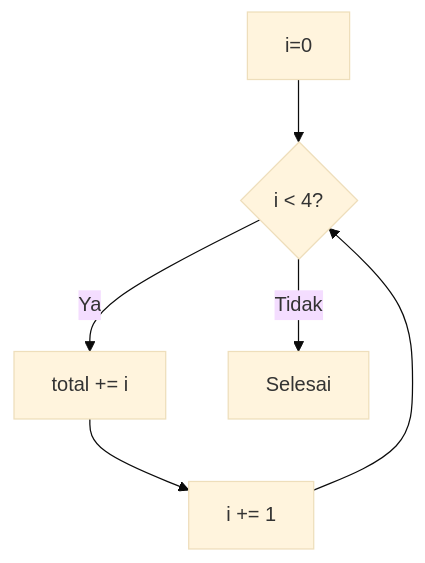
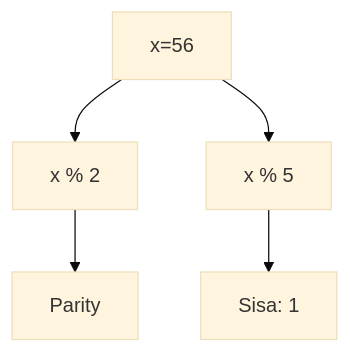
One commit to amnahwaida/OSNK_INF_PREP changed diagram 14 of 25 in part-c-pemahaman-cpp/03-perulangan/latihan/set-09.md. Above: the diagram before and after it, drawn with Mermaid (base theme). The commit also changed other lines of this file and 71 other files, not shown here.

````diff
--- a/part-c-pemahaman-cpp/03-perulangan/latihan/set-09.md
+++ b/part-c-pemahaman-cpp/03-perulangan/latihan/set-09.md
@@ -277,8 +414,7 @@
 ```mermaid
 graph TD
-    A[i=0] --> B{i < 4?}
-    B -- Ya --> C[total += i]
-    C --> D[i += 1]
-    D --> B
-    B -- Tidak --> E[Selesai]
+A[x=56] --> B[x % 2]
+B --> C[Parity]
+A --> D[x % 5]
+D --> E[Sisa: 1]
 ```
````
